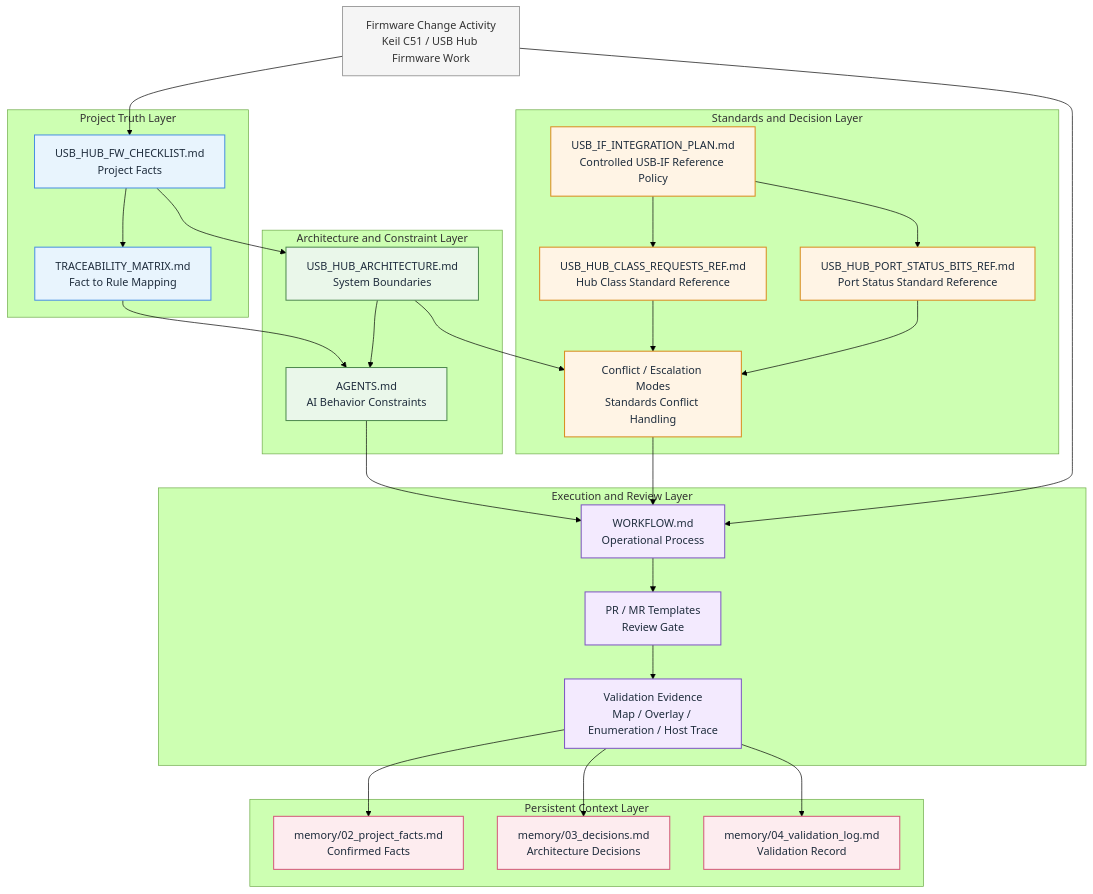
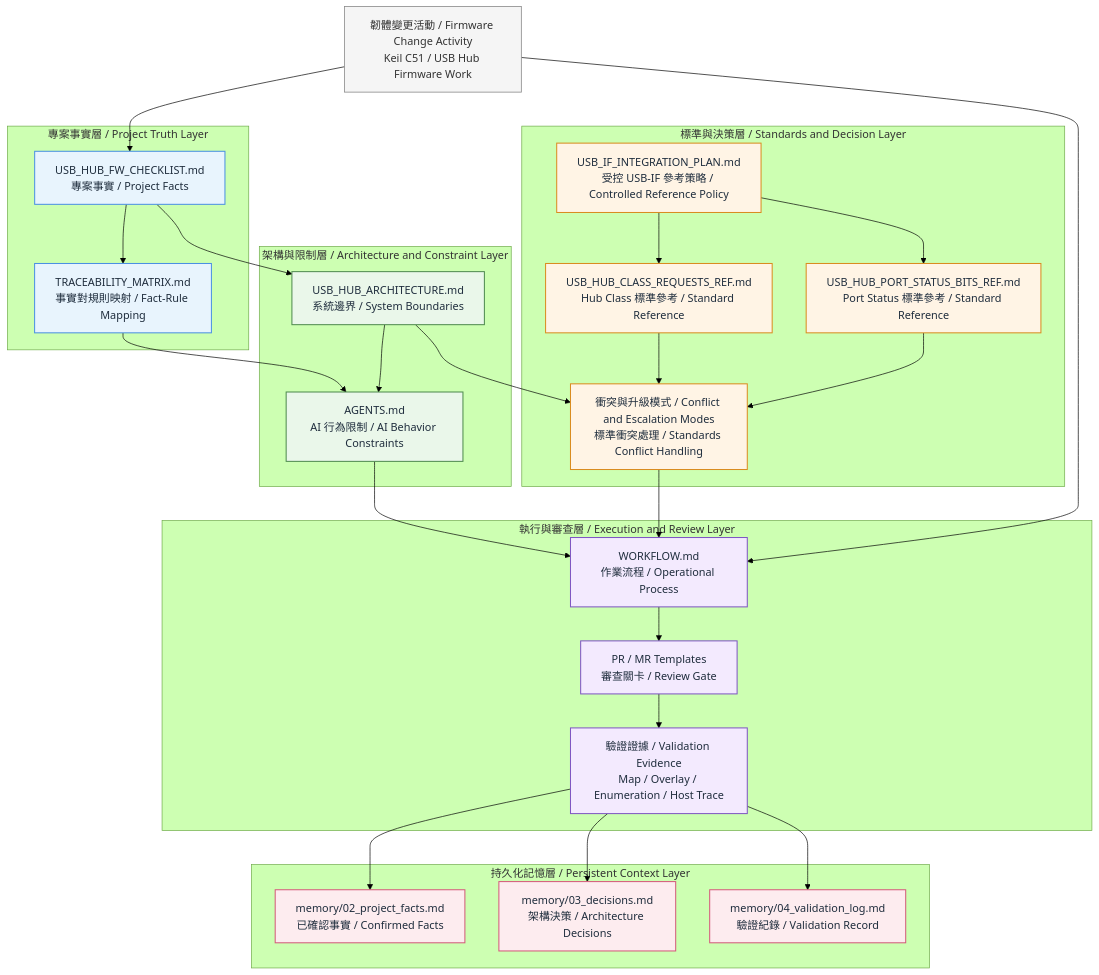
The first of 2 diagrams in README.md (GavinWu672/USB-Hub-Firmware-Architecture-Contract), drawn with Mermaid (forest theme) before and after one commit. The commit also changed other lines of this file, not shown here.

Commit message:
docs: localize governance architecture diagram labels

````diff
--- a/README.md
+++ b/README.md
@@ -26,66 +26,66 @@
 ```mermaid
 flowchart TD
     classDef fact fill:#E8F4FD,stroke:#4A90E2,stroke-width:1.5px,color:#1F2D3D;
     classDef arch fill:#EAF7EA,stroke:#4F8A4F,stroke-width:1.5px,color:#1F2D3D;
     classDef govern fill:#FFF4E5,stroke:#D98C1F,stroke-width:1.5px,color:#1F2D3D;
     classDef process fill:#F3EAFE,stroke:#7E57C2,stroke-width:1.5px,color:#1F2D3D;
     classDef memory fill:#FDECEF,stroke:#D45A7A,stroke-width:1.5px,color:#1F2D3D;
     classDef external fill:#F5F5F5,stroke:#8C8C8C,stroke-width:1.2px,color:#333;
 
-    subgraph L1["Project Truth Layer"]
-        F1["USB_HUB_FW_CHECKLIST.md<br/>Project Facts"]
-        F2["TRACEABILITY_MATRIX.md<br/>Fact to Rule Mapping"]
+    subgraph L1["專案事實層 / Project Truth Layer"]
+        F1["USB_HUB_FW_CHECKLIST.md<br/>專案事實 / Project Facts"]
+        F2["TRACEABILITY_MATRIX.md<br/>事實對規則映射 / Fact-Rule Mapping"]
     end
 
-    subgraph L2["Architecture and Constraint Layer"]
-        A1["USB_HUB_ARCHITECTURE.md<br/>System Boundaries"]
-        A2["AGENTS.md<br/>AI Behavior Constraints"]
+    subgraph L2["架構與限制層 / Architecture and Constraint Layer"]
+        A1["USB_HUB_ARCHITECTURE.md<br/>系統邊界 / System Boundaries"]
+        A2["AGENTS.md<br/>AI 行為限制 / AI Behavior Constraints"]
     end
 
-    subgraph L3["Standards and Decision Layer"]
-        S1["USB_IF_INTEGRATION_PLAN.md<br/>Controlled USB-IF Reference Policy"]
-        S2["USB_HUB_CLASS_REQUESTS_REF.md<br/>Hub Class Standard Reference"]
-        S3["USB_HUB_PORT_STATUS_BITS_REF.md<br/>Port Status Standard Reference"]
-        S4["Conflict / Escalation Modes<br/>Standards Conflict Handling"]
+    subgraph L3["標準與決策層 / Standards and Decision Layer"]
+        S1["USB_IF_INTEGRATION_PLAN.md<br/>受控 USB-IF 參考策略 / Controlled Reference Policy"]
+        S2["USB_HUB_CLASS_REQUESTS_REF.md<br/>Hub Class 標準參考 / Standard Reference"]
+        S3["USB_HUB_PORT_STATUS_BITS_REF.md<br/>Port Status 標準參考 / Standard Reference"]
+        S4["衝突與升級模式 / Conflict and Escalation Modes<br/>標準衝突處理 / Standards Conflict Handling"]
     end
 
-    subgraph L4["Execution and Review Layer"]
-        P1["WORKFLOW.md<br/>Operational Process"]
-        P2["PR / MR Templates<br/>Review Gate"]
-        P3["Validation Evidence<br/>Map / Overlay / Enumeration / Host Trace"]
+    subgraph L4["執行與審查層 / Execution and Review Layer"]
+        P1["WORKFLOW.md<br/>作業流程 / Operational Process"]
+        P2["PR / MR Templates<br/>審查關卡 / Review Gate"]
+        P3["驗證證據 / Validation Evidence<br/>Map / Overlay / Enumeration / Host Trace"]
     end
 
-    subgraph L5["Persistent Context Layer"]
-        M1["memory/02_project_facts.md<br/>Confirmed Facts"]
-        M2["memory/03_decisions.md<br/>Architecture Decisions"]
-        M3["memory/04_validation_log.md<br/>Validation Record"]
+    subgraph L5["持久化記憶層 / Persistent Context Layer"]
+        M1["memory/02_project_facts.md<br/>已確認事實 / Confirmed Facts"]
+        M2["memory/03_decisions.md<br/>架構決策 / Architecture Decisions"]
+        M3["memory/04_validation_log.md<br/>驗證紀錄 / Validation Record"]
     end
 
-    EXT["Firmware Change Activity<br/>Keil C51 / USB Hub Firmware Work"]
+    EXT["韌體變更活動 / Firmware Change Activity<br/>Keil C51 / USB Hub Firmware Work"]
 
     F1 --> F2
     F1 --> A1
     F2 --> A2
     A1 --> A2
     A1 --> S4
     A2 --> P1
     S1 --> S2
     S1 --> S3
     S2 --> S4
     S3 --> S4
     S4 --> P1
     P1 --> P2
     P2 --> P3
     P3 --> M1
     P3 --> M2
     P3 --> M3
     EXT --> P1
     EXT --> F1
 
     class F1,F2 fact;
     class A1,A2 arch;
     class S1,S2,S3,S4 govern;
     class P1,P2,P3 process;
     class M1,M2,M3 memory;
     class EXT external;
 ```
````
